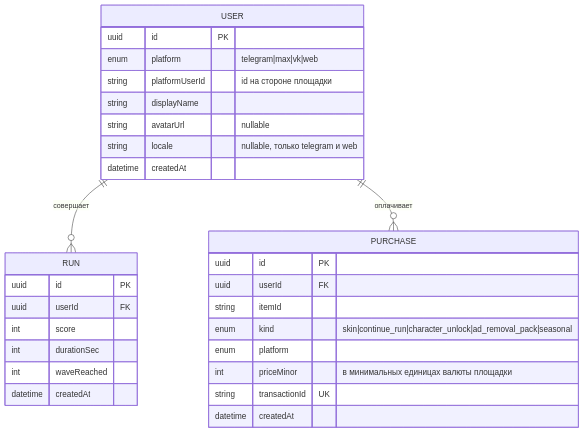
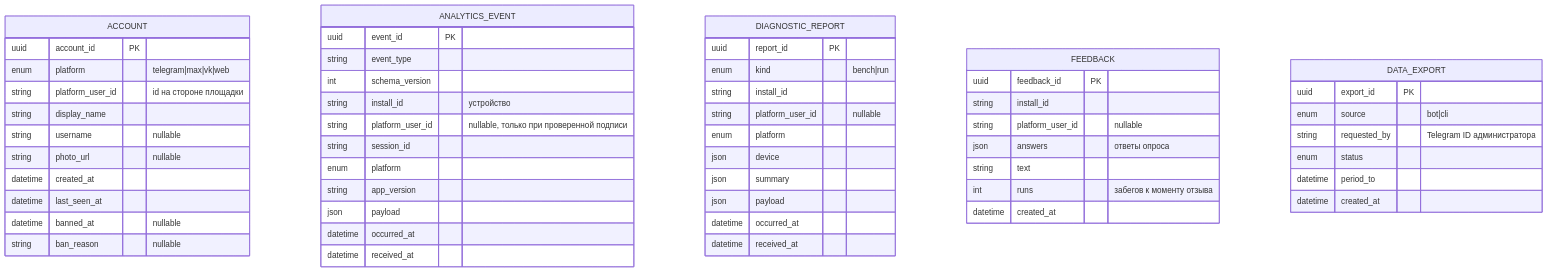
The first of 22 diagrams in docs/21-diagrams.md (JJSGxKD/rubezh), drawn with Mermaid before and after one commit. The commit also changed other lines of this file and 5 other files, not shown here.

````diff
--- a/docs/21-diagrams.md
+++ b/docs/21-diagrams.md
@@ -34,35 +37,61 @@
 ```mermaid
 erDiagram
-    USER ||--o{ RUN : "совершает"
-    USER ||--o{ PURCHASE : "оплачивает"
-
-    USER {
-        uuid id PK
+    ACCOUNT {
+        uuid account_id PK
         enum platform "telegram|max|vk|web"
-        string platformUserId "id на стороне площадки"
-        string displayName
-        string avatarUrl "nullable"
-        string locale "nullable, только telegram и web"
-        datetime createdAt
+        string platform_user_id "id на стороне площадки"
+        string display_name
+        string username "nullable"
+        string photo_url "nullable"
+        datetime created_at
+        datetime last_seen_at
+        datetime banned_at "nullable"
+        string ban_reason "nullable"
     }
 
-    RUN {
-        uuid id PK
-        uuid userId FK
-        int score
-        int durationSec
-        int waveReached
-        datetime createdAt
+    ANALYTICS_EVENT {
+        uuid event_id PK
+        string event_type
+        int schema_version
+        string install_id "устройство"
+        string platform_user_id "nullable, только при проверенной подписи"
+        string session_id
+        enum platform
+        string app_version
+        json payload
+        datetime occurred_at
+        datetime received_at
     }
 
-    PURCHASE {
-        uuid id PK
-        uuid userId FK
-        string itemId
-        enum kind "skin|continue_run|character_unlock|ad_removal_pack|seasonal"
+    DIAGNOSTIC_REPORT {
+        uuid report_id PK
+        enum kind "bench|run"
+        string install_id
+        string platform_user_id "nullable"
         enum platform
-        int priceMinor "в минимальных единицах валюты площадки"
-        string transactionId UK
-        datetime createdAt
+        json device
+        json summary
+        json payload
+        datetime occurred_at
+        datetime received_at
+    }
+
+    FEEDBACK {
+        uuid feedback_id PK
+        string install_id
+        string platform_user_id "nullable"
+        json answers "ответы опроса"
+        string text
+        int runs "забегов к моменту отзыва"
+        datetime created_at
+    }
+
+    DATA_EXPORT {
+        uuid export_id PK
+        enum source "bot|cli"
+        string requested_by "Telegram ID администратора"
+        enum status
+        datetime period_to
+        datetime created_at
     }
 ```
````
